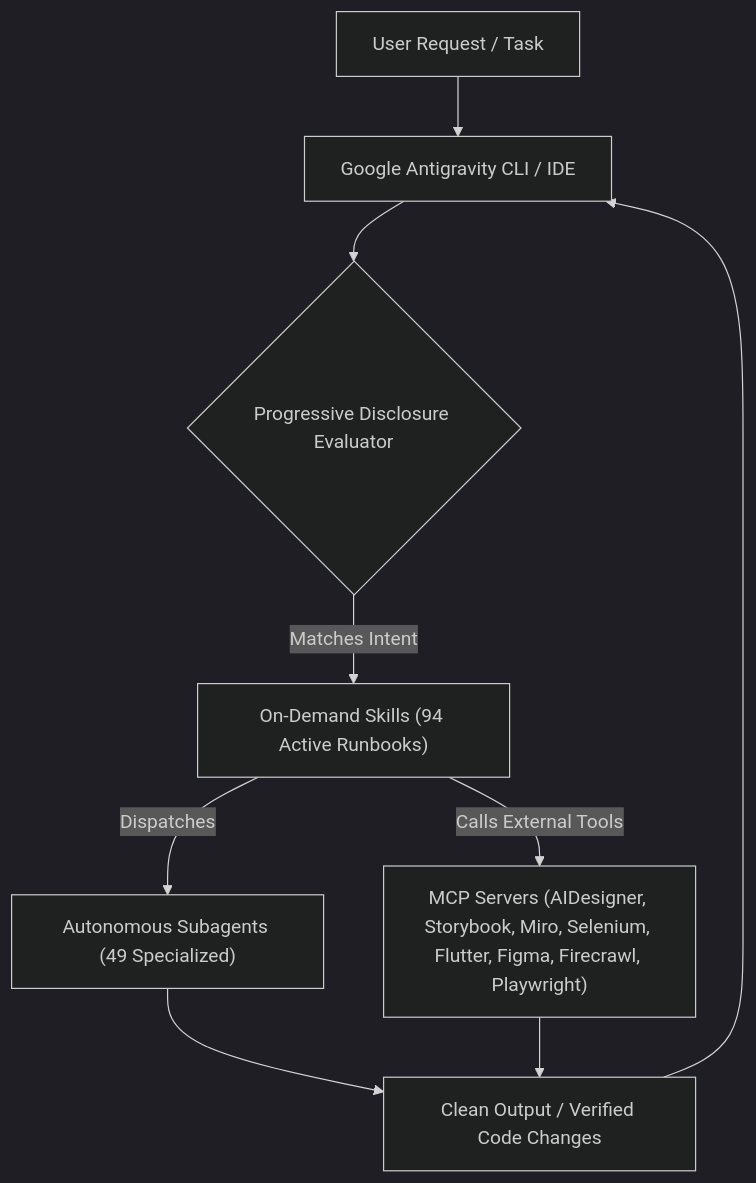
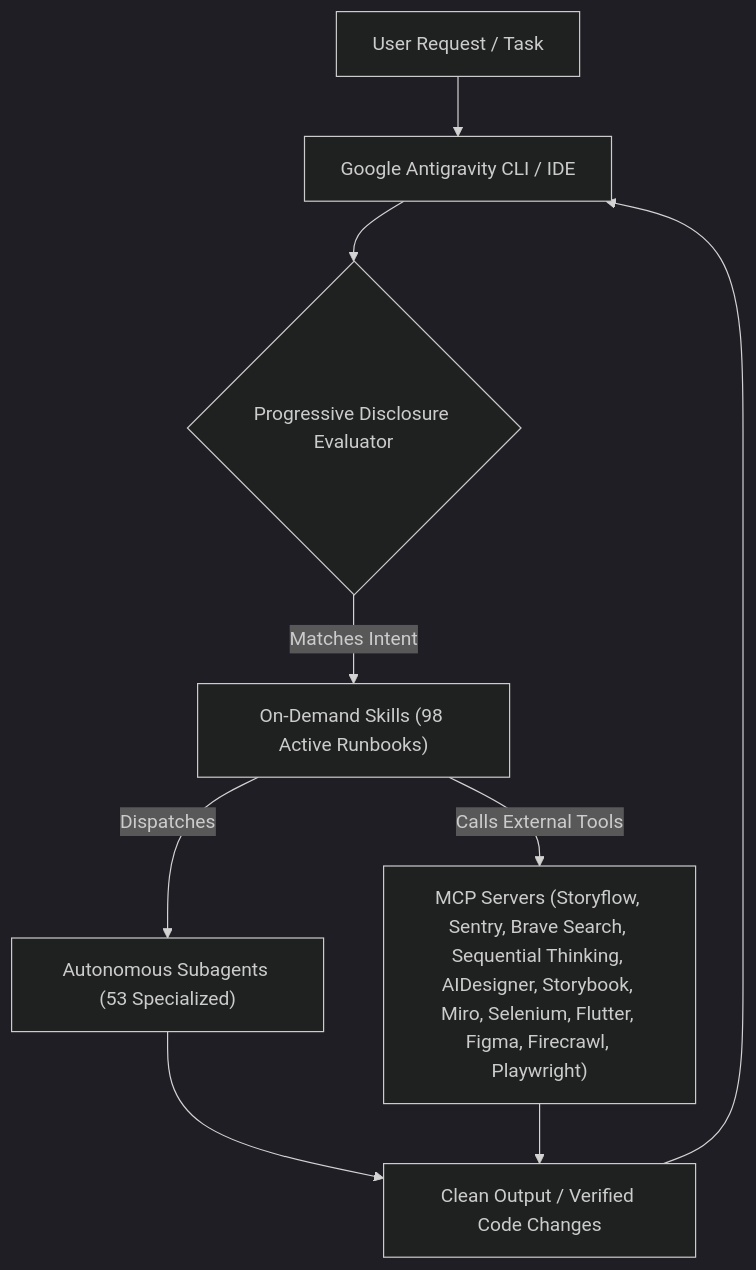
The diagram in README.md (Ganeshbeldar015/Antigravity-Skills), drawn with Mermaid (dark theme) before and after one commit. The commit also changed other lines of this file and 31 other files, not shown here.

Commit message:
feat: add storyflow, sequential-thinking, sentry, and brave-search MCP plugins

````diff
--- a/README.md
+++ b/README.md
@@ -250,19 +254,19 @@
 ```mermaid
 flowchart TD
     U["User Request / Task"]
     CLI["Google Antigravity CLI / IDE"]
     PD{"Progressive Disclosure Evaluator"}
-    SK["On-Demand Skills (94 Active Runbooks)"]
-    AG["Autonomous Subagents (49 Specialized)"]
-    MCP["MCP Servers (AIDesigner, Storybook, Miro, Selenium, Flutter, Figma, Firecrawl, Playwright)"]
+    SK["On-Demand Skills (98 Active Runbooks)"]
+    AG["Autonomous Subagents (53 Specialized)"]
+    MCP["MCP Servers (Storyflow, Sentry, Brave Search, Sequential Thinking, AIDesigner, Storybook, Miro, Selenium, Flutter, Figma, Firecrawl, Playwright)"]
     RES["Clean Output / Verified Code Changes"]
 
     U --> CLI
     CLI --> PD
     PD -->|Matches Intent| SK
     SK -->|Dispatches| AG
     SK -->|Calls External Tools| MCP
     AG --> RES
     MCP --> RES
     RES --> CLI
 ```
````
